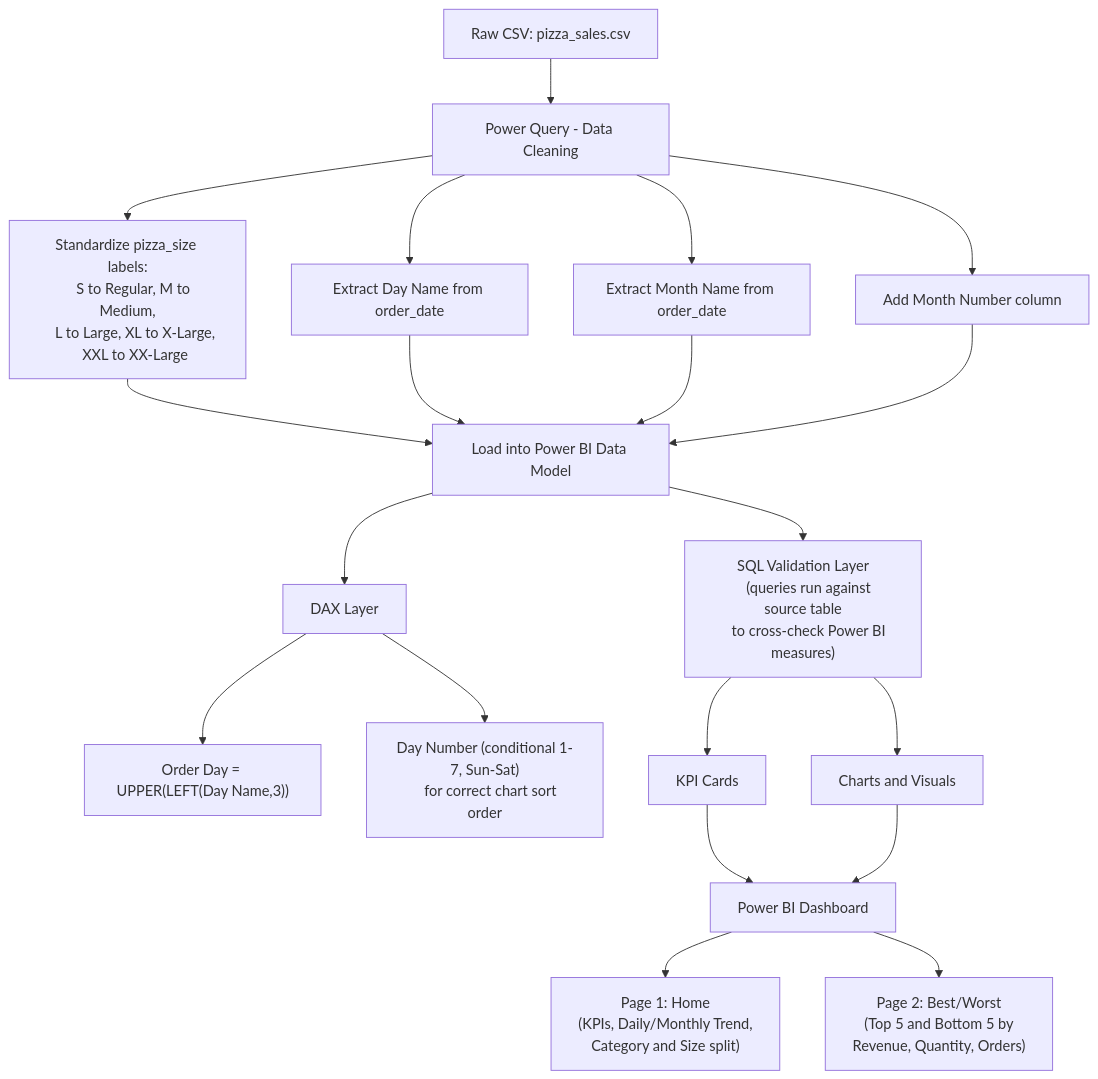
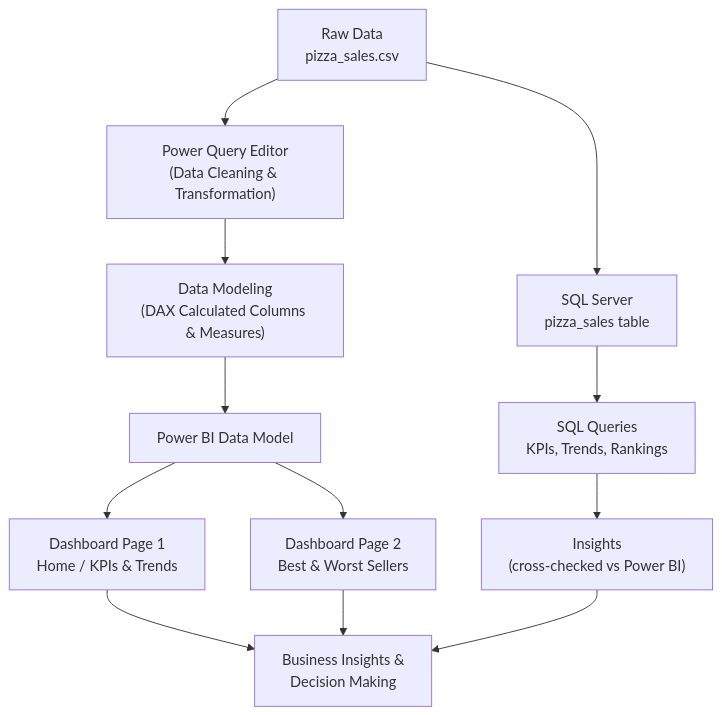
The first of 2 diagrams in README.md (Nabamit/Pizza-Sales-Report), drawn with Mermaid before and after one commit. The commit also changed other lines of this file, not shown here.

First line of the commit message:
Revise README for clarity and added SQL analysis

````diff
--- a/README.md
+++ b/README.md
@@ -37,32 +99,16 @@
 ```mermaid
 flowchart TD
-    A[Raw CSV: pizza_sales.csv] --> B[Power Query - Data Cleaning]
-    B --> B1["Standardize pizza_size labels:
-    S to Regular, M to Medium,
-    L to Large, XL to X-Large,
-    XXL to XX-Large"]
-    B --> B2["Extract Day Name from order_date"]
-    B --> B3["Extract Month Name from order_date"]
-    B --> B4["Add Month Number column"]
-    B1 --> C[Load into Power BI Data Model]
-    B2 --> C
-    B3 --> C
-    B4 --> C
-    C --> D["DAX Layer"]
-    D --> D1["Order Day = UPPER(LEFT(Day Name,3))"]
-    D --> D2["Day Number (conditional 1-7, Sun-Sat)
-    for correct chart sort order"]
-    C --> E["SQL Validation Layer
-    (queries run against source table
-    to cross-check Power BI measures)"]
-    E --> F[KPI Cards]
-    E --> G[Charts and Visuals]
-    F --> H[Power BI Dashboard]
-    G --> H
-    H --> I["Page 1: Home
-    (KPIs, Daily/Monthly Trend,
-    Category and Size split)"]
-    H --> J["Page 2: Best/Worst
-    (Top 5 and Bottom 5 by
-    Revenue, Quantity, Orders)"]
+    A["Raw Data<br/>pizza_sales.csv"] --> B["Power Query Editor<br/>(Data Cleaning & Transformation)"]
+    B --> C["Data Modeling<br/>(DAX Calculated Columns & Measures)"]
+    C --> D["Power BI Data Model"]
+    D --> E["Dashboard Page 1<br/>Home / KPIs & Trends"]
+    D --> F["Dashboard Page 2<br/>Best & Worst Sellers"]
+
+    A --> G["SQL Server<br/>pizza_sales table"]
+    G --> H["SQL Queries<br/>KPIs, Trends, Rankings"]
+    H --> I["Insights<br/>(cross-checked vs Power BI)"]
+
+    E --> J["Business Insights &<br/>Decision Making"]
+    F --> J
+    I --> J
 ```
````
